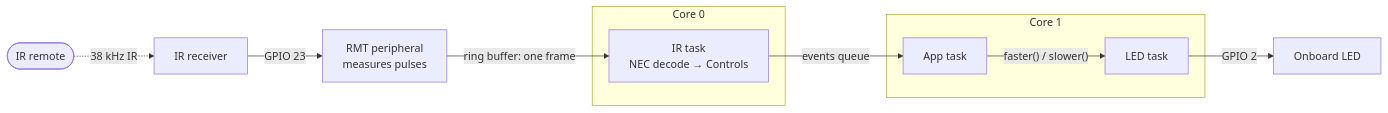
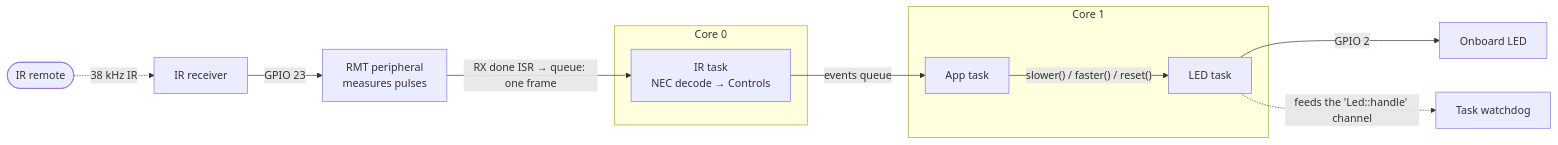
The diagram in 09-watchdog/README.md (aprokopenko/esp32-sandbox), drawn with Mermaid before and after one commit. The commit also changed other lines of this file and 10 other files, not shown here.

````diff
--- a/09-watchdog/README.md
+++ b/09-watchdog/README.md
@@ -9,14 +7,15 @@
 ```mermaid
 flowchart LR
     REM(["IR remote"]) -.->|"38 kHz IR"| RX["IR receiver"]
     RX -->|"GPIO 23"| RMT["RMT peripheral<br/>measures pulses"]
     subgraph CORE0["Core 0"]
         IRT["IR task<br/>NEC decode → Controls"]
     end
-    RMT -->|"ring buffer: one frame"| IRT
+    RMT -->|"RX done ISR → queue: one frame"| IRT
     IRT -->|"events queue"| APP
     subgraph CORE1["Core 1"]
-        APP["App task"] -->|"faster() / slower()"| LEDT["LED task"]
+        APP["App task"] -->|"slower() / faster() / reset()"| LEDT["LED task"]
     end
     LEDT -->|"GPIO 2"| LED["Onboard LED"]
+    LEDT -.->|"feeds the 'Led::handle' channel"| TWDT["Task watchdog"]
 ```
````
